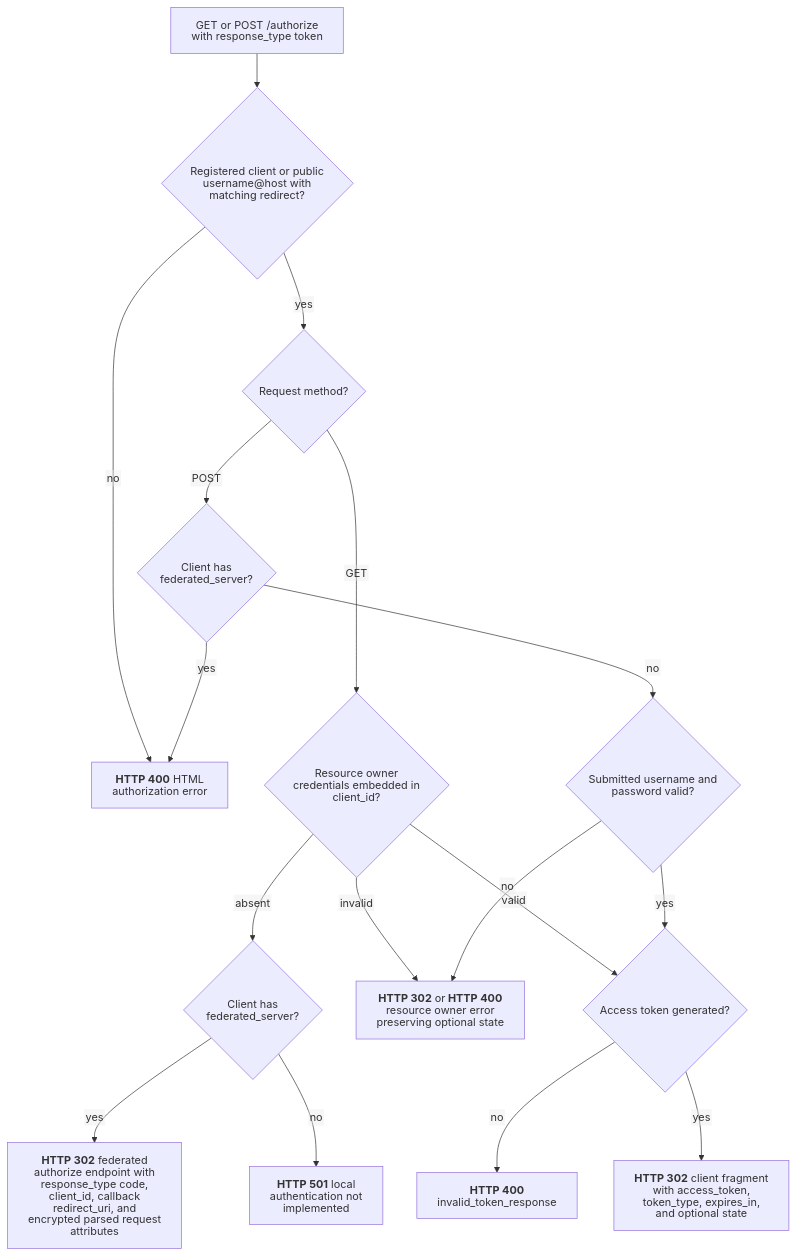
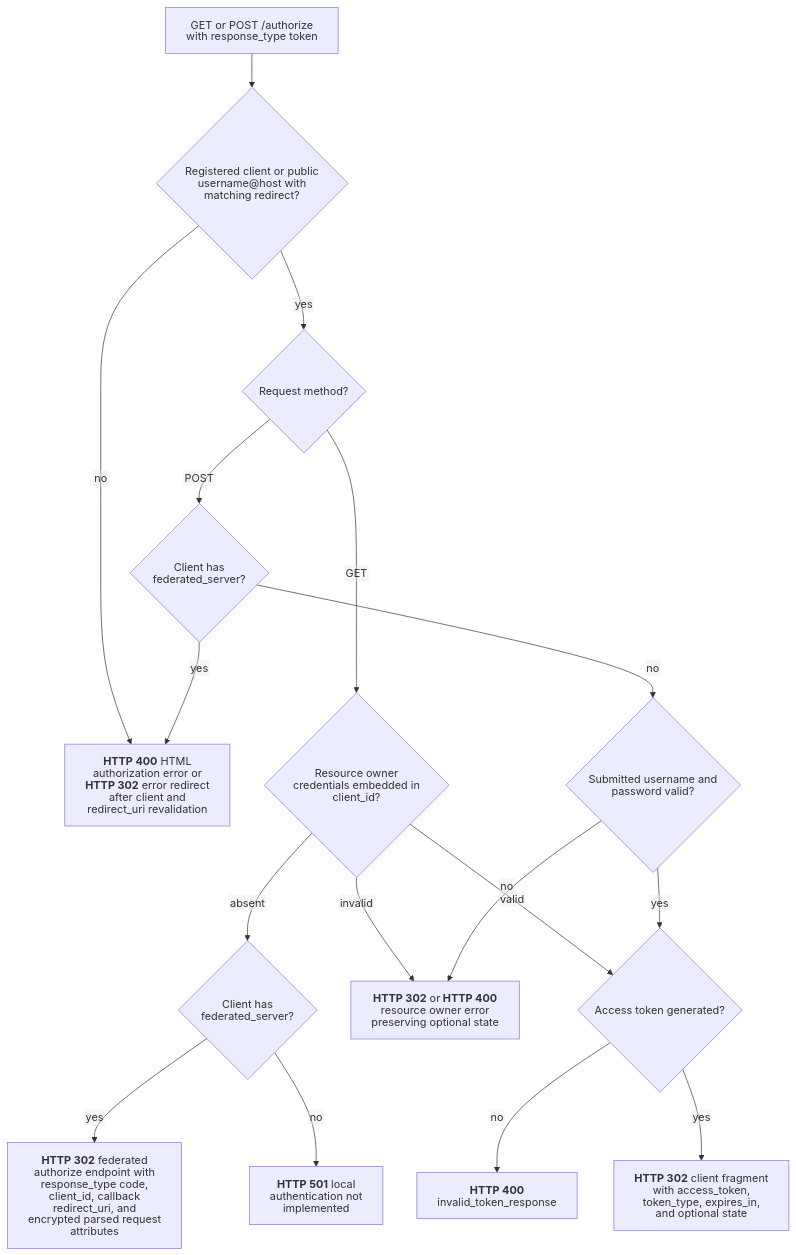
One commit to malach-it/kagome changed the diagram in docs/flows/oauth/implicit.mmd. Above: the diagram before and after it, drawn with Mermaid. The commit also changed 10 other files, not shown here.

Commit message:
fix: validate authorize error redirect uri

```diff
--- a/docs/flows/oauth/implicit.mmd
+++ b/docs/flows/oauth/implicit.mmd
@@ -1,18 +1,18 @@
 %%{init: {"htmlLabels": false, "flowchart": {"htmlLabels": false}}}%%
 flowchart TD
     start[GET or POST /authorize with response_type token] --> request{Registered client or public username@host with matching redirect?}
-    request -- no --> request_error["`**HTTP 400** HTML authorization error`"]
+    request -- no --> request_error["`**HTTP 400** HTML authorization error or **HTTP 302** error redirect after client and redirect_uri revalidation`"]
     request -- yes --> method{Request method?}
     method -- GET --> optional_owner{Resource owner credentials embedded in client_id?}
     optional_owner -- absent --> federation{Client has federated_server?}
     federation -- yes --> federated_redirect["`**HTTP 302** federated authorize endpoint with response_type code, client_id, callback redirect_uri, and encrypted parsed request attributes`"]
     federation -- no --> not_implemented["`**HTTP 501** local authentication not implemented`"]
     optional_owner -- invalid --> owner_error["`**HTTP 302** or **HTTP 400** resource owner error preserving optional state`"]
     optional_owner -- valid --> generate
     method -- POST --> federated_post{Client has federated_server?}
     federated_post -- yes --> request_error
     federated_post -- no --> required_owner{Submitted username and password valid?}
     required_owner -- no --> owner_error
     required_owner -- yes --> generate{Access token generated?}
     generate -- no --> generation_error["`**HTTP 400** invalid_token_response`"]
     generate -- yes --> redirect["`**HTTP 302** client fragment with access_token, token_type, expires_in, and optional state`"]
```
